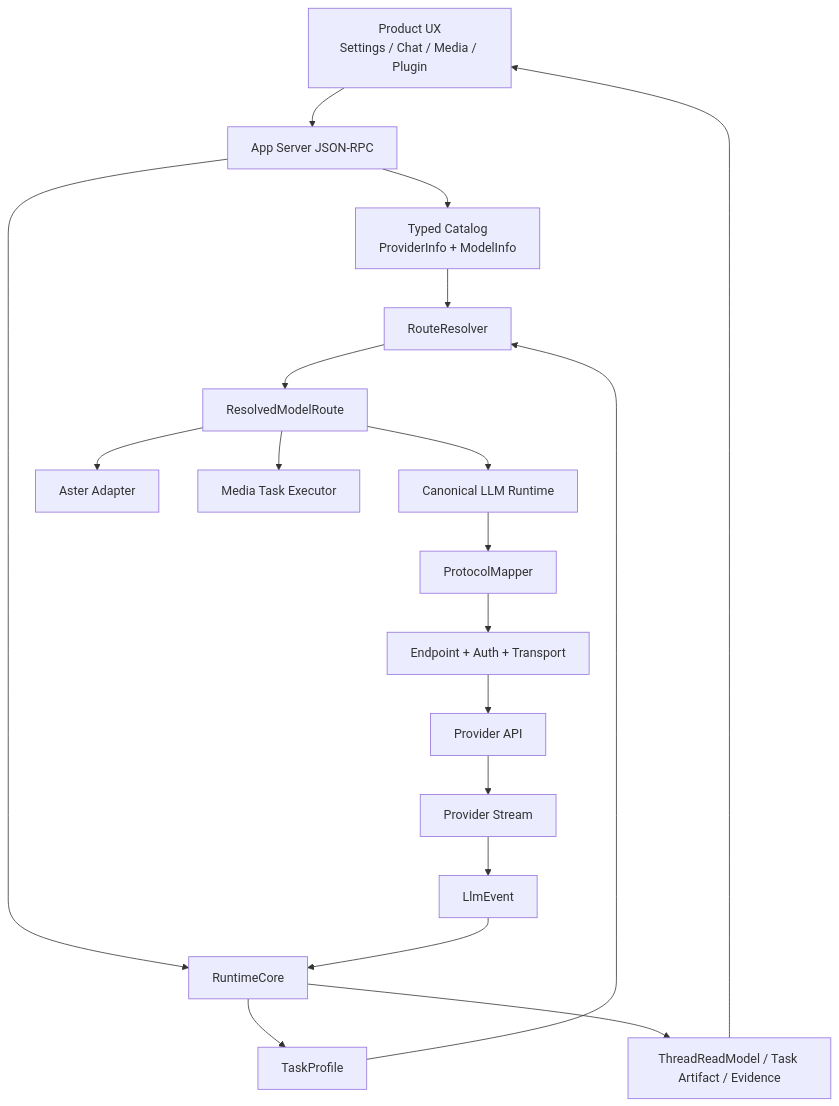
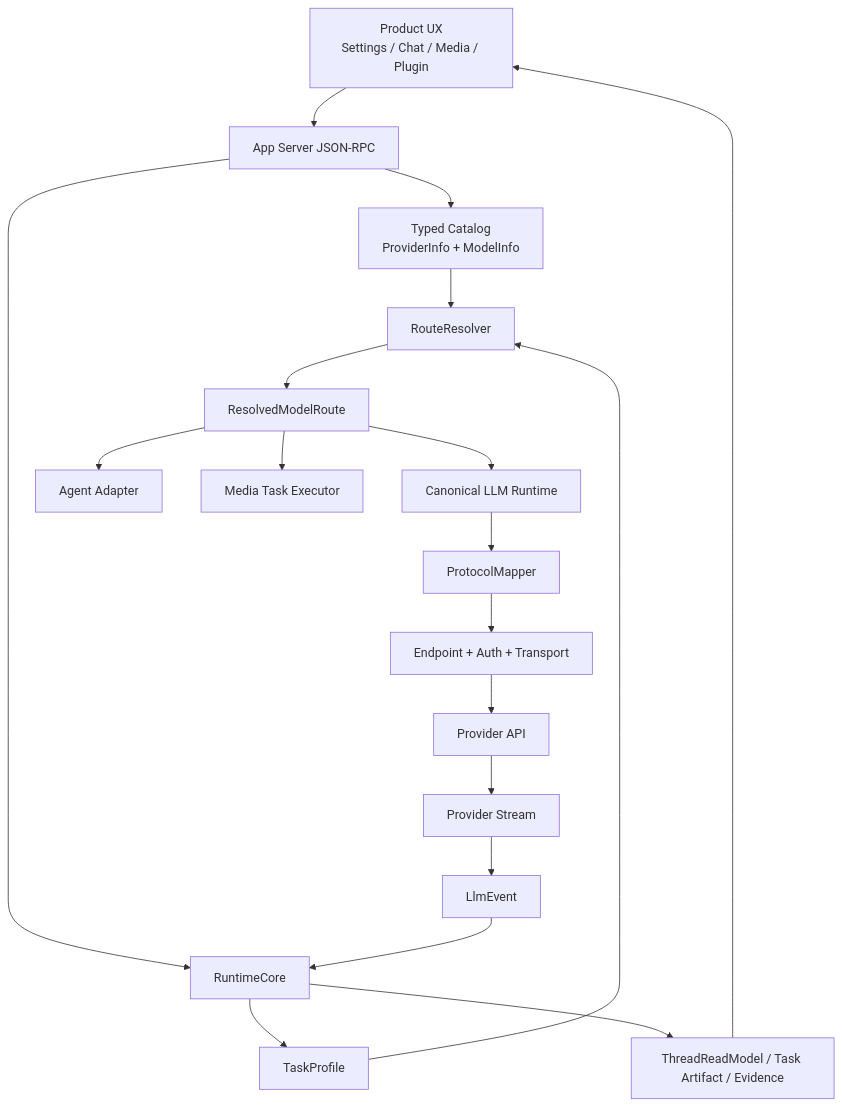
One commit to jiujuan/lime changed the first of 5 diagrams in internal/roadmap/models/prd.md. Above: the diagram before and after it, drawn with Mermaid. The commit also changed other lines of this file and 975 other files, not shown here.

````diff
--- a/internal/roadmap/models/prd.md
+++ b/internal/roadmap/models/prd.md
@@ -451,21 +451,21 @@
 ```mermaid
 flowchart TD
   UX[Product UX\nSettings / Chat / Media / Plugin] --> API[App Server JSON-RPC]
   API --> Catalog[Typed Catalog\nProviderInfo + ModelInfo]
   API --> Runtime[RuntimeCore]
   Catalog --> Resolver[RouteResolver]
   Runtime --> TaskProfile[TaskProfile]
   TaskProfile --> Resolver
   Resolver --> Route[ResolvedModelRoute]
   Route --> LLM[Canonical LLM Runtime]
   LLM --> Protocol[ProtocolMapper]
   Protocol --> Transport[Endpoint + Auth + Transport]
   Transport --> Provider[Provider API]
   Provider --> Events[Provider Stream]
   Events --> LLMEvent[LlmEvent]
   LLMEvent --> Runtime
   Runtime --> ReadModel[ThreadReadModel / Task Artifact / Evidence]
   ReadModel --> UX
-  Route --> Aster[Aster Adapter]
+  Route --> Agent[Agent Adapter]
   Route --> Media[Media Task Executor]
 ```
````
